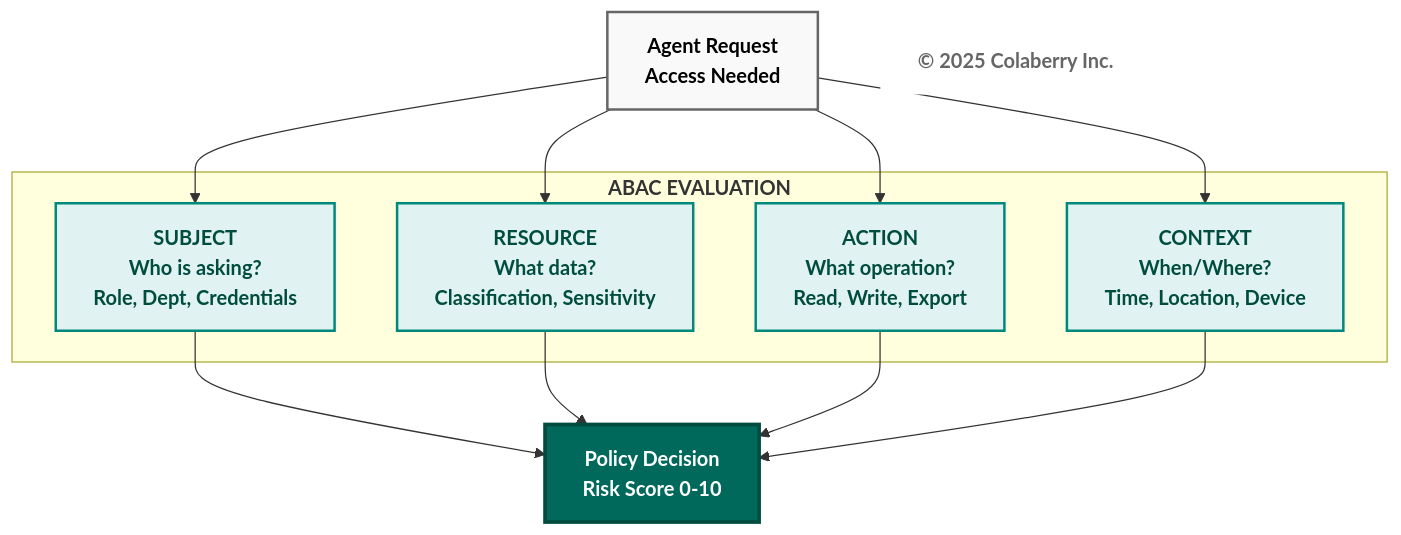
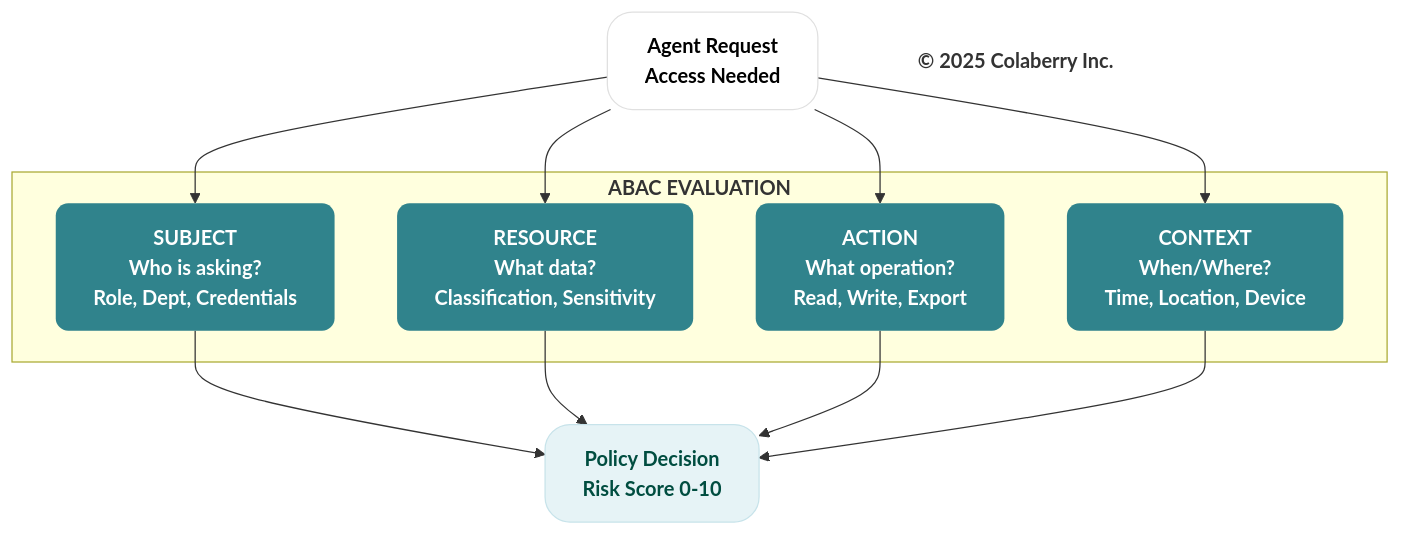
The fifth of 14 diagrams in manuscript/07_chapter_6_transparency_orchestration_layers.md (saitejesh-cyber/trust-before-intelligence-book), drawn with Mermaid before and after one commit. The commit also changed other lines of this file and 7 other files, not shown here.

Commit message:
Chapter 6to13: Updated mermaid diagrams based on new colaberry color code

````diff
--- a/manuscript/07_chapter_6_transparency_orchestration_layers.md
+++ b/manuscript/07_chapter_6_transparency_orchestration_layers.md
@@ -393,32 +393,32 @@
 ```mermaid
 graph TB
     Query["<b>Agent Request</b><br/><b>Access Needed</b>"]
     
     subgraph "<b>ABAC EVALUATION</b>"
         S["<b>SUBJECT</b><br/><b>Who is asking?</b><br/><b>Role, Dept, Credentials</b>"]
         R["<b>RESOURCE</b><br/><b>What data?</b><br/><b>Classification, Sensitivity</b>"]
         A["<b>ACTION</b><br/><b>What operation?</b><br/><b>Read, Write, Export</b>"]
         C["<b>CONTEXT</b><br/><b>When/Where?</b><br/><b>Time, Location, Device</b>"]
     end
     
     Policy["<b>Policy Decision</b><br/><b>Risk Score 0-10</b>"]
     
     Copyright["<b>© 2025 Colaberry Inc.</b>"]
     
     Query --> S
     Query --> R
     Query --> A
     Query --> C
     S --> Policy
     R --> Policy
     A --> Policy
     C --> Policy
     
-    style Query fill:#f9f9f9,stroke:#666666,stroke-width:2px,color:#000000
-    style S fill:#e0f2f1,stroke:#00897b,stroke-width:2px,color:#004d40
-    style R fill:#e0f2f1,stroke:#00897b,stroke-width:2px,color:#004d40
-    style A fill:#e0f2f1,stroke:#00897b,stroke-width:2px,color:#004d40
-    style C fill:#e0f2f1,stroke:#00897b,stroke-width:2px,color:#004d40
-    style Policy fill:#00695c,color:#ffffff,stroke:#004d40,stroke-width:3px
-    style Copyright fill:#ffffff,stroke:none,color:#666666
+    style Query fill:#ffffff,stroke:#e0e0e0,stroke-width:1px,color:#000000,rx:20,ry:20
+    style S fill:#30838C,stroke:none,color:#ffffff,rx:10,ry:10
+    style R fill:#30838C,stroke:none,color:#ffffff,rx:10,ry:10
+    style A fill:#30838C,stroke:none,color:#ffffff,rx:10,ry:10
+    style C fill:#30838C,stroke:none,color:#ffffff,rx:10,ry:10
+    style Policy fill:#e6f3f6,stroke:#c7e3ea,stroke-width:1px,color:#004d40,rx:20,ry:20
+    style Copyright fill:none,stroke:none,color:#333333
 ```
````
